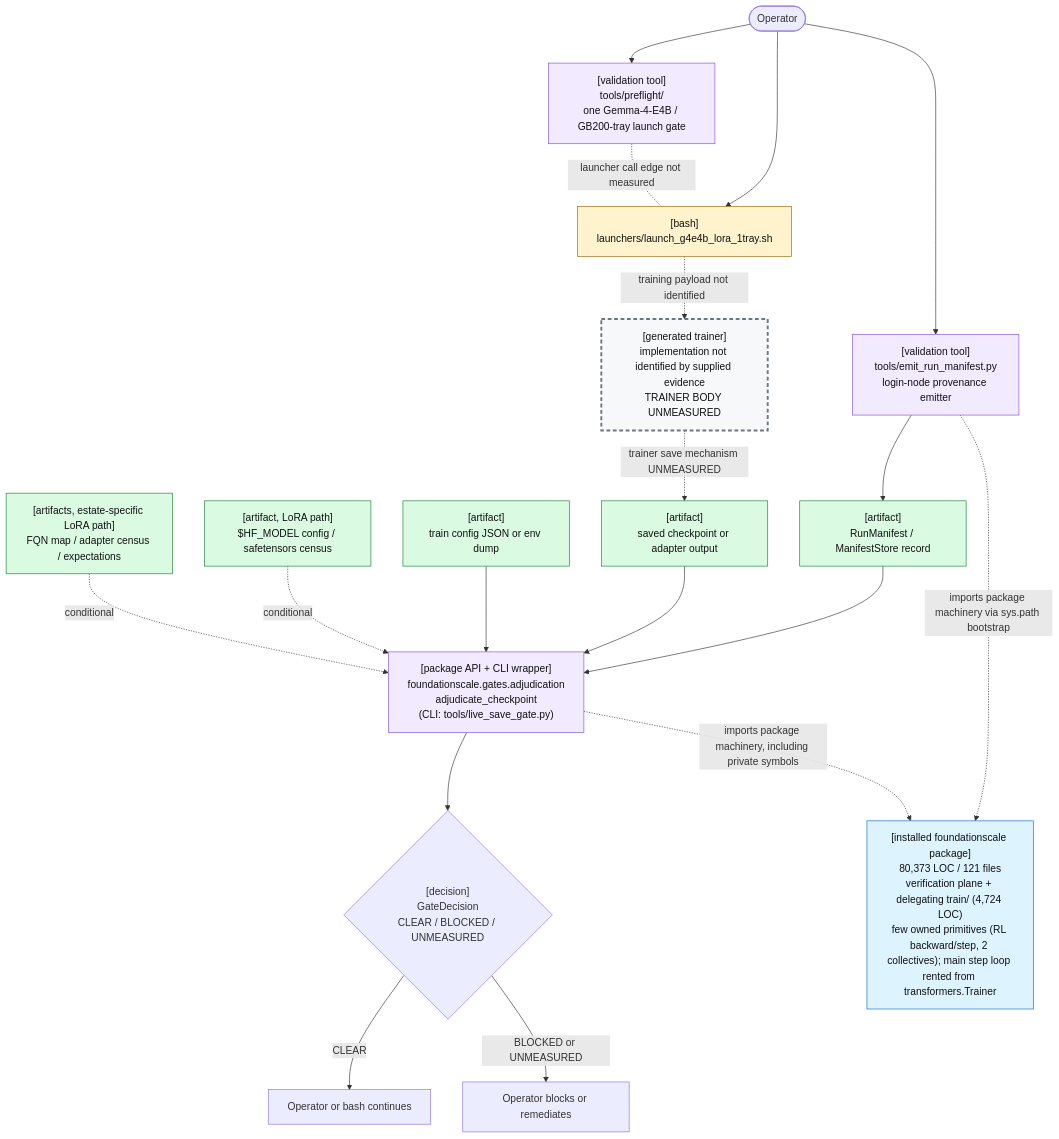
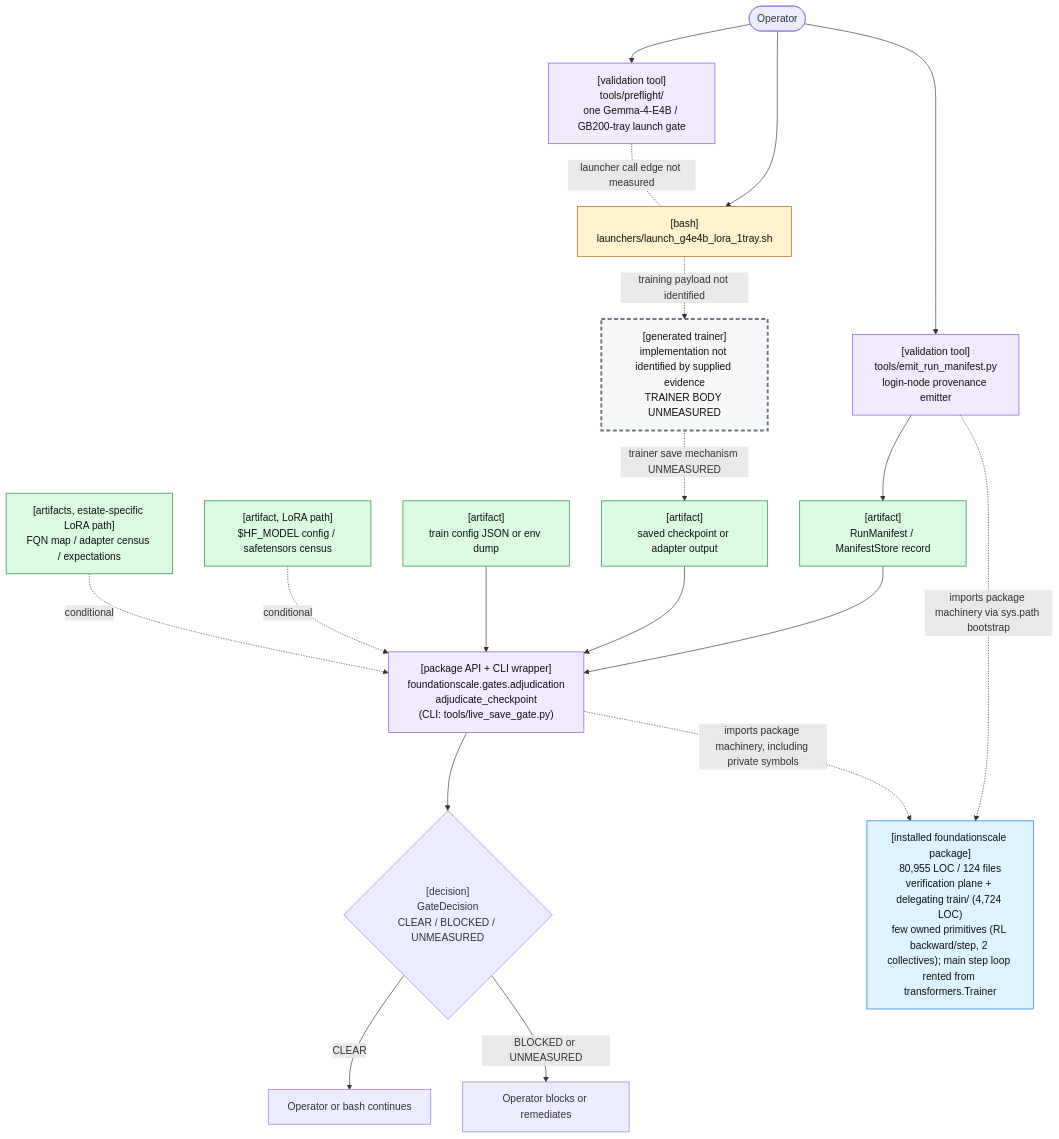
Before and after one commit to TranNhiem/FoundationScale: the first of 2 diagrams in docs/review/D2_current_architecture.md, drawn with Mermaid. The commit also changed other lines of this file and 10 other files, not shown here.

````diff
--- a/docs/review/D2_current_architecture.md
+++ b/docs/review/D2_current_architecture.md
@@ -25,59 +25,59 @@
 ```mermaid
 flowchart TB
   O(["Operator"])
 
   PF["[validation tool]<br/>tools/preflight/<br/>one Gemma-4-E4B / GB200-tray launch gate"]
   L["[bash]<br/>launchers/launch_g4e4b_lora_1tray.sh"]
 
   E["[validation tool]<br/>tools/emit_run_manifest.py<br/>login-node provenance emitter"]
   M["[artifact]<br/>RunManifest / ManifestStore record"]
 
   T["[generated trainer]<br/>implementation not identified by supplied evidence<br/>TRAINER BODY UNMEASURED"]
   C["[artifact]<br/>saved checkpoint or adapter output"]
 
   G["[package API + CLI wrapper]<br/>foundationscale.gates.adjudication<br/>adjudicate_checkpoint<br/>(CLI: tools/live_save_gate.py)"]
   CFG["[artifact]<br/>train config JSON or env dump"]
   BASE["[artifact, LoRA path]<br/>$HF_MODEL config / safetensors census"]
   CEN["[artifacts, estate-specific LoRA path]<br/>FQN map / adapter census / expectations"]
 
   D{"[decision]<br/>GateDecision<br/>CLEAR / BLOCKED / UNMEASURED"}
   OK["Operator or bash continues"]
   NO["Operator blocks or remediates"]
 
-  PKG["[installed foundationscale package]<br/>80,373 LOC / 121 files<br/>verification plane + delegating train/ (4,724 LOC)<br/>few owned primitives (RL backward/step, 2 collectives); main step loop rented from transformers.Trainer"]
+  PKG["[installed foundationscale package]<br/>80,955 LOC / 124 files<br/>verification plane + delegating train/ (4,724 LOC)<br/>few owned primitives (RL backward/step, 2 collectives); main step loop rented from transformers.Trainer"]
 
   O --> PF
   O --> L
   PF -. "launcher call edge not measured" .- L
 
   O --> E
   E --> M
 
   L -. "training payload not identified" .-> T
   T -. "trainer save mechanism UNMEASURED" .-> C
 
   M --> G
   C --> G
   CFG --> G
   BASE -. "conditional" .-> G
   CEN -. "conditional" .-> G
 
   E -. "imports package machinery via sys.path bootstrap" .-> PKG
   G -. "imports package machinery, including private symbols" .-> PKG
 
   G --> D
   D -->|"CLEAR"| OK
   D -->|"BLOCKED or UNMEASURED"| NO
 
   classDef bash fill:#fff3cd,stroke:#9a6700,color:#111;
   classDef tool fill:#f2eaff,stroke:#8250df,color:#111;
   classDef artifact fill:#dafbe1,stroke:#1a7f37,color:#111;
   classDef gap fill:#f6f8fa,stroke:#6e7781,stroke-width:3px,stroke-dasharray: 6 4,color:#111;
   classDef pkg fill:#ddf4ff,stroke:#0969da,color:#111;
 
   class L bash;
   class PF,E,G tool;
   class M,C,CFG,BASE,CEN artifact;
   class T gap;
   class PKG pkg;
 ```
````
